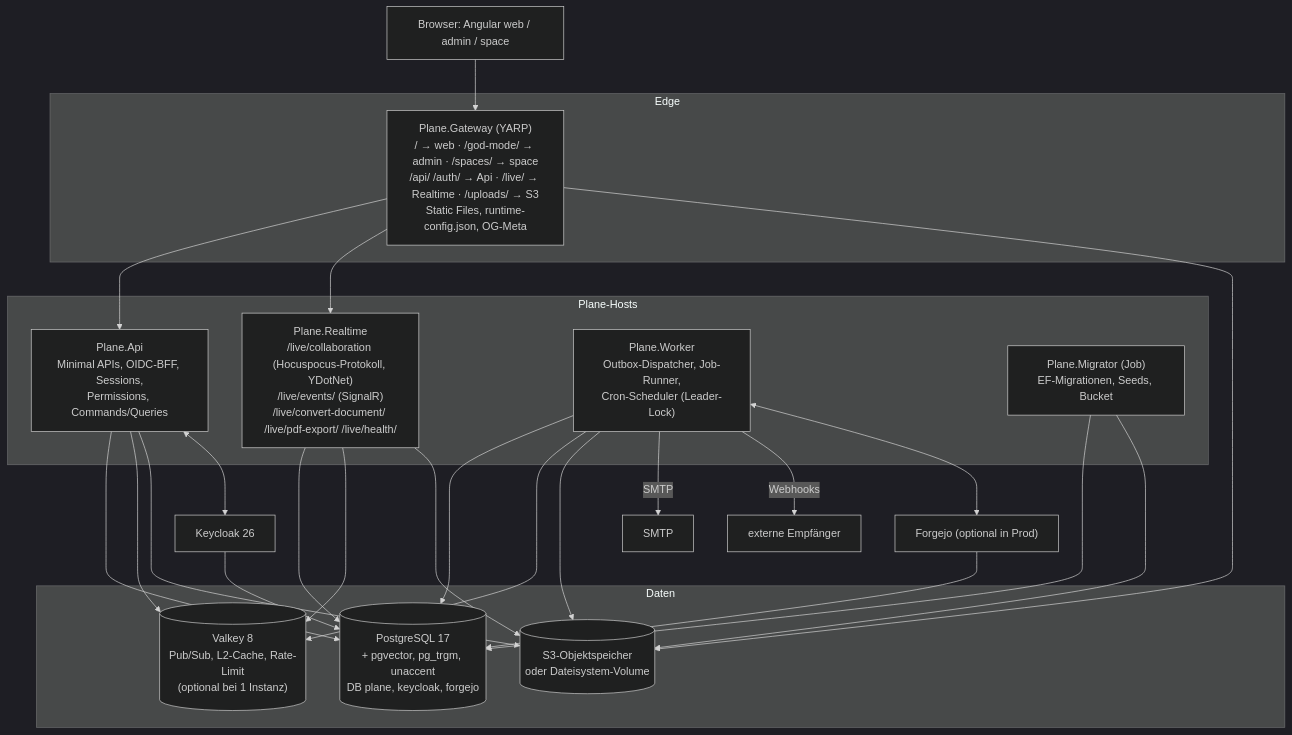
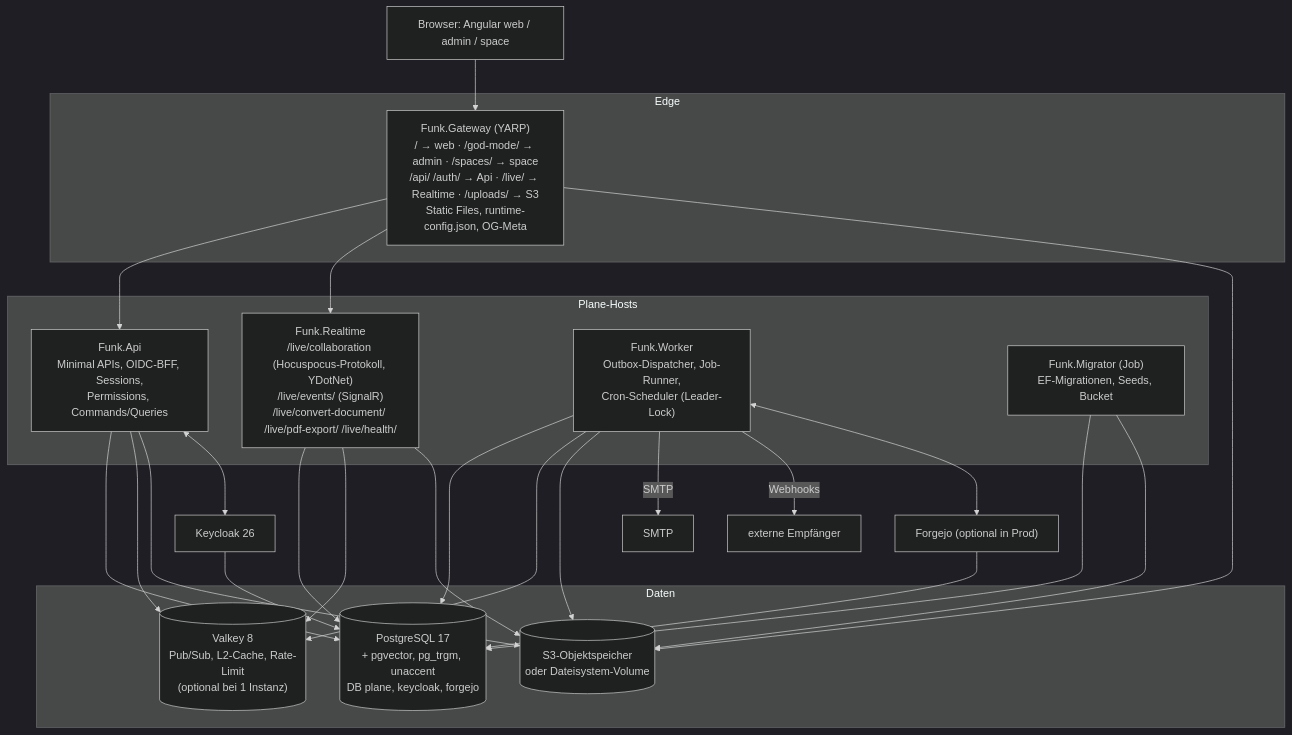
One commit to mlwr/plane changed the second of 4 diagrams in migration/architecture/01-zielarchitektur-und-tech-stack.md. Above: the diagram before and after it, drawn with Mermaid (dark theme). The commit also changed other lines of this file and 27 other files, not shown here.

First line of the commit message:
docs(migration): rename target identifiers to funk in architecture and plan docs

````diff
--- a/migration/architecture/01-zielarchitektur-und-tech-stack.md
+++ b/migration/architecture/01-zielarchitektur-und-tech-stack.md
@@ -276,42 +276,42 @@
 ```mermaid
 flowchart TB
   B[Browser: Angular web / admin / space]
   subgraph Edge
-    GW["Plane.Gateway (YARP)<br/>/ → web · /god-mode/ → admin · /spaces/ → space<br/>/api/ /auth/ → Api · /live/ → Realtime · /uploads/ → S3<br/>Static Files, runtime-config.json, OG-Meta"]
+    GW["Funk.Gateway (YARP)<br/>/ → web · /god-mode/ → admin · /spaces/ → space<br/>/api/ /auth/ → Api · /live/ → Realtime · /uploads/ → S3<br/>Static Files, runtime-config.json, OG-Meta"]
   end
   subgraph Plane-Hosts
-    API["Plane.Api<br/>Minimal APIs, OIDC-BFF, Sessions,<br/>Permissions, Commands/Queries"]
-    RT["Plane.Realtime<br/>/live/collaboration (Hocuspocus-Protokoll, YDotNet)<br/>/live/events/ (SignalR)<br/>/live/convert-document/ /live/pdf-export/ /live/health/"]
-    WK["Plane.Worker<br/>Outbox-Dispatcher, Job-Runner,<br/>Cron-Scheduler (Leader-Lock)"]
-    MG["Plane.Migrator (Job)<br/>EF-Migrationen, Seeds, Bucket"]
+    API["Funk.Api<br/>Minimal APIs, OIDC-BFF, Sessions,<br/>Permissions, Commands/Queries"]
+    RT["Funk.Realtime<br/>/live/collaboration (Hocuspocus-Protokoll, YDotNet)<br/>/live/events/ (SignalR)<br/>/live/convert-document/ /live/pdf-export/ /live/health/"]
+    WK["Funk.Worker<br/>Outbox-Dispatcher, Job-Runner,<br/>Cron-Scheduler (Leader-Lock)"]
+    MG["Funk.Migrator (Job)<br/>EF-Migrationen, Seeds, Bucket"]
   end
   subgraph Daten
     PG[("PostgreSQL 17<br/>+ pgvector, pg_trgm, unaccent<br/>DB plane, keycloak, forgejo")]
     VK[("Valkey 8<br/>Pub/Sub, L2-Cache, Rate-Limit<br/>(optional bei 1 Instanz)")]
     OS[("S3-Objektspeicher<br/>oder Dateisystem-Volume")]
   end
   KC["Keycloak 26"]
   FJ["Forgejo (optional in Prod)"]
 
   B --> GW
   GW --> API
   GW --> RT
   GW --> OS
   API --> PG
   API --> VK
   API --> OS
   API <--> KC
   RT --> PG
   RT --> VK
   RT --> OS
   WK --> PG
   WK --> VK
   WK --> OS
   WK -->|SMTP| SMTPX[SMTP]
   WK -->|Webhooks| EXT[externe Empfänger]
   WK <--> FJ
   MG --> PG
   MG --> OS
   KC --> PG
   FJ --> PG
 ```
````
